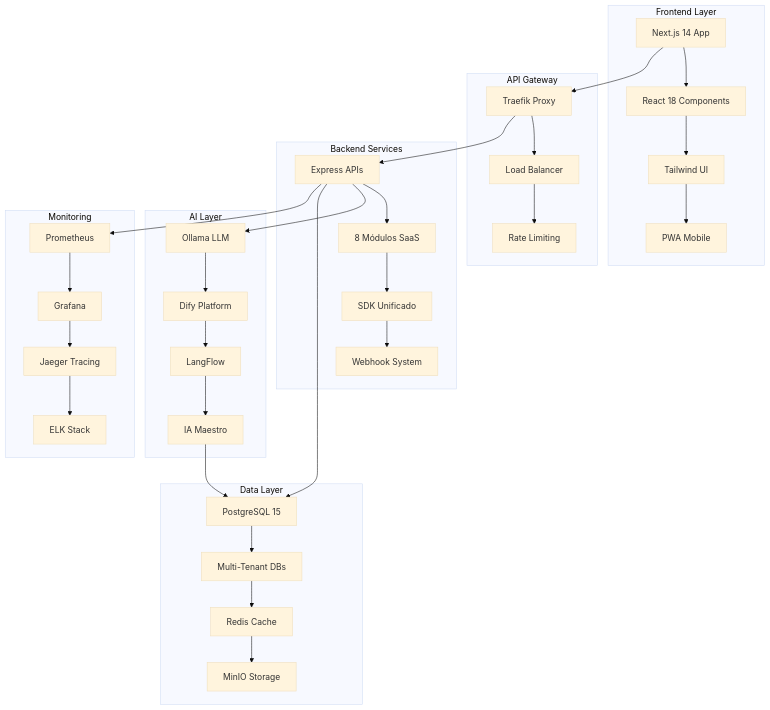
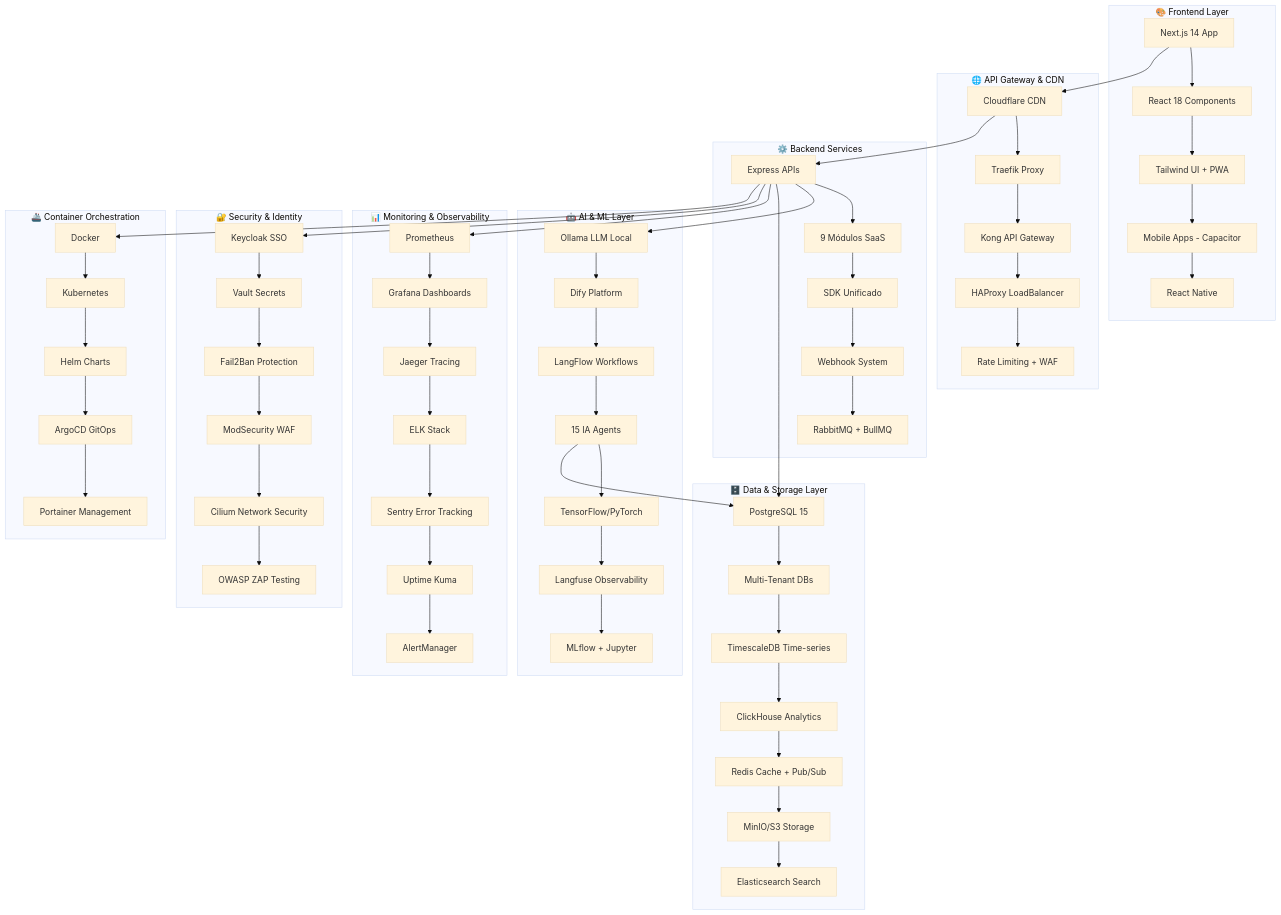
The diagram in README.md (Nakahh/KRYONIX-PLATAFORMA), drawn with Mermaid (base theme) before and after one commit. The commit also changed other lines of this file and 2 other files, not shown here.

````diff
--- a/README.md
+++ b/README.md
@@ -101,44 +107,74 @@
 ```mermaid
 graph TB
-    subgraph "Frontend Layer"
+    subgraph "🎨 Frontend Layer"
         A[Next.js 14 App] --> B[React 18 Components]
-        B --> C[Tailwind UI]
-        C --> D[PWA Mobile]
+        B --> C[Tailwind UI + PWA]
+        C --> D[Mobile Apps - Capacitor]
+        D --> E[React Native]
     end
     
-    subgraph "API Gateway"
-        E[Traefik Proxy] --> F[Load Balancer]
-        F --> G[Rate Limiting]
+    subgraph "🌐 API Gateway & CDN"
+        F[Cloudflare CDN] --> G[Traefik Proxy]
+        G --> H[Kong API Gateway]
+        H --> I[HAProxy LoadBalancer]
+        I --> J[Rate Limiting + WAF]
     end
     
-    subgraph "Backend Services"
-        H[Express APIs] --> I[8 Módulos SaaS]
-        I --> J[SDK Unificado]
-        J --> K[Webhook System]
+    subgraph "⚙️ Backend Services"
+        K[Express APIs] --> L[9 Módulos SaaS]
+        L --> M[SDK Unificado]
+        M --> N[Webhook System]
+        N --> O[RabbitMQ + BullMQ]
     end
     
-    subgraph "AI Layer"
-        L[Ollama LLM] --> M[Dify Platform]
-        M --> N[LangFlow]
-        N --> O[IA Maestro]
+    subgraph "🤖 AI & ML Layer"
+        P[Ollama LLM Local] --> Q[Dify Platform]
+        Q --> R[LangFlow Workflows]
+        R --> S[15 IA Agents]
+        S --> T[TensorFlow/PyTorch]
+        T --> U[Langfuse Observability]
+        U --> V[MLflow + Jupyter]
     end
     
-    subgraph "Data Layer"
-        P[PostgreSQL 15] --> Q[Multi-Tenant DBs]
-        Q --> R[Redis Cache]
-        R --> S[MinIO Storage]
+    subgraph "🗄️ Data & Storage Layer"
+        W[PostgreSQL 15] --> X[Multi-Tenant DBs]
+        X --> Y[TimescaleDB Time-series]
+        Y --> Z[ClickHouse Analytics]
+        Z --> AA[Redis Cache + Pub/Sub]
+        AA --> BB[MinIO/S3 Storage]
+        BB --> CC[Elasticsearch Search]
     end
     
-    subgraph "Monitoring"
-        T[Prometheus] --> U[Grafana]
-        U --> V[Jaeger Tracing]
-        V --> W[ELK Stack]
+    subgraph "📊 Monitoring & Observability"
+        DD[Prometheus] --> EE[Grafana Dashboards]
+        EE --> FF[Jaeger Tracing]
+        FF --> GG[ELK Stack]
+        GG --> HH[Sentry Error Tracking]
+        HH --> II[Uptime Kuma]
+        II --> JJ[AlertManager]
     end
     
-    A --> E
-    E --> H
-    H --> L
-    H --> P
-    O --> P
-    H --> T
+    subgraph "🔐 Security & Identity"
+        KK[Keycloak SSO] --> LL[Vault Secrets]
+        LL --> MM[Fail2Ban Protection]
+        MM --> NN[ModSecurity WAF]
+        NN --> OO[Cilium Network Security]
+        OO --> PP[OWASP ZAP Testing]
+    end
+    
+    subgraph "🚢 Container Orchestration"
+        QQ[Docker] --> RR[Kubernetes]
+        RR --> SS[Helm Charts]
+        SS --> TT[ArgoCD GitOps]
+        TT --> UU[Portainer Management]
+    end
+    
+    A --> F
+    F --> K
+    K --> P
+    K --> W
+    S --> W
+    K --> DD
+    K --> KK
+    K --> QQ
 ```
````
